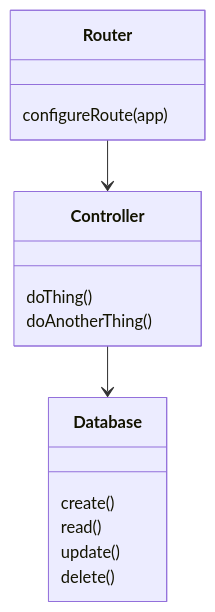
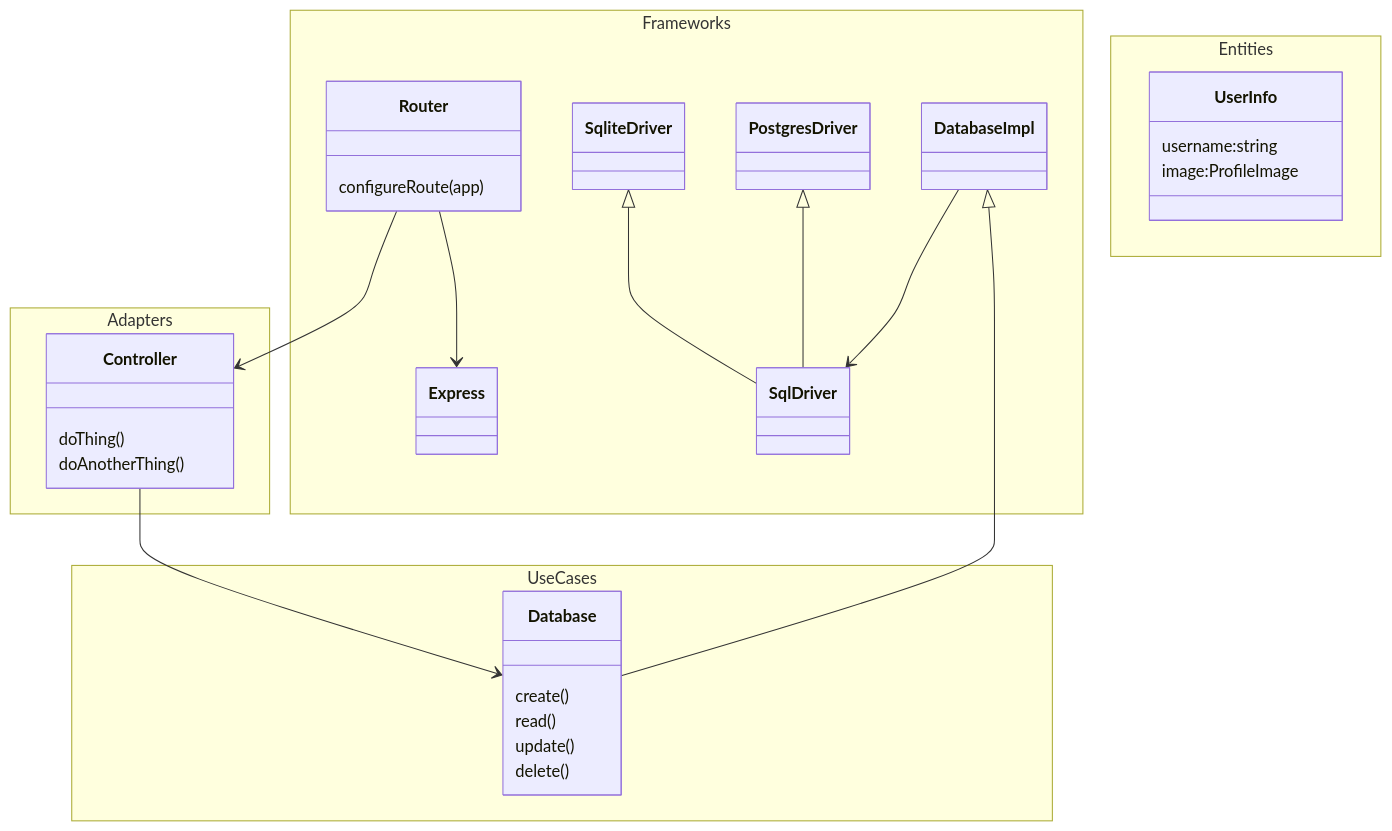
Before and after one commit to Pointyware/pointyware-api: the diagram in README.md, drawn with Mermaid. The commit also changed other lines of this file and 16 other files, not shown here.

Commit message:
Rename database and controller files

````diff
--- a/README.md
+++ b/README.md
@@ -39,21 +39,53 @@
 ```mermaid
 
 classDiagram
 
-  class Router {
-    configureRoute(app)
+  namespace Frameworks {
+    class Router {
+      configureRoute(app)
+    }
+    class Express
+
+    class DatabaseImpl {
+
+    }
+    class SqlDriver
+    class PostgresDriver
+    class SqliteDriver
+  }
+  Router --> Express
+  DatabaseImpl --> SqlDriver
+  PostgresDriver <|-- SqlDriver
+  SqliteDriver <|-- SqlDriver
+
+  namespace Adapters {
+    class Controller {
+      doThing()
+      doAnotherThing()
+    }
+
+  }
+  namespace UseCases {
+    class Database {
+
+    }
+  }
+  DatabaseImpl <|-- Database
+  namespace Entities {
+    class UserInfo {
+      username:string
+      image:ProfileImage
+    }
   }
   class Controller {
-    doThing()
-    doAnotherThing()
   }
   class Database {
     create()
     read()
     update()
     delete()
   }
   Router --> Controller
   Controller --> Database
 
 ```
````
